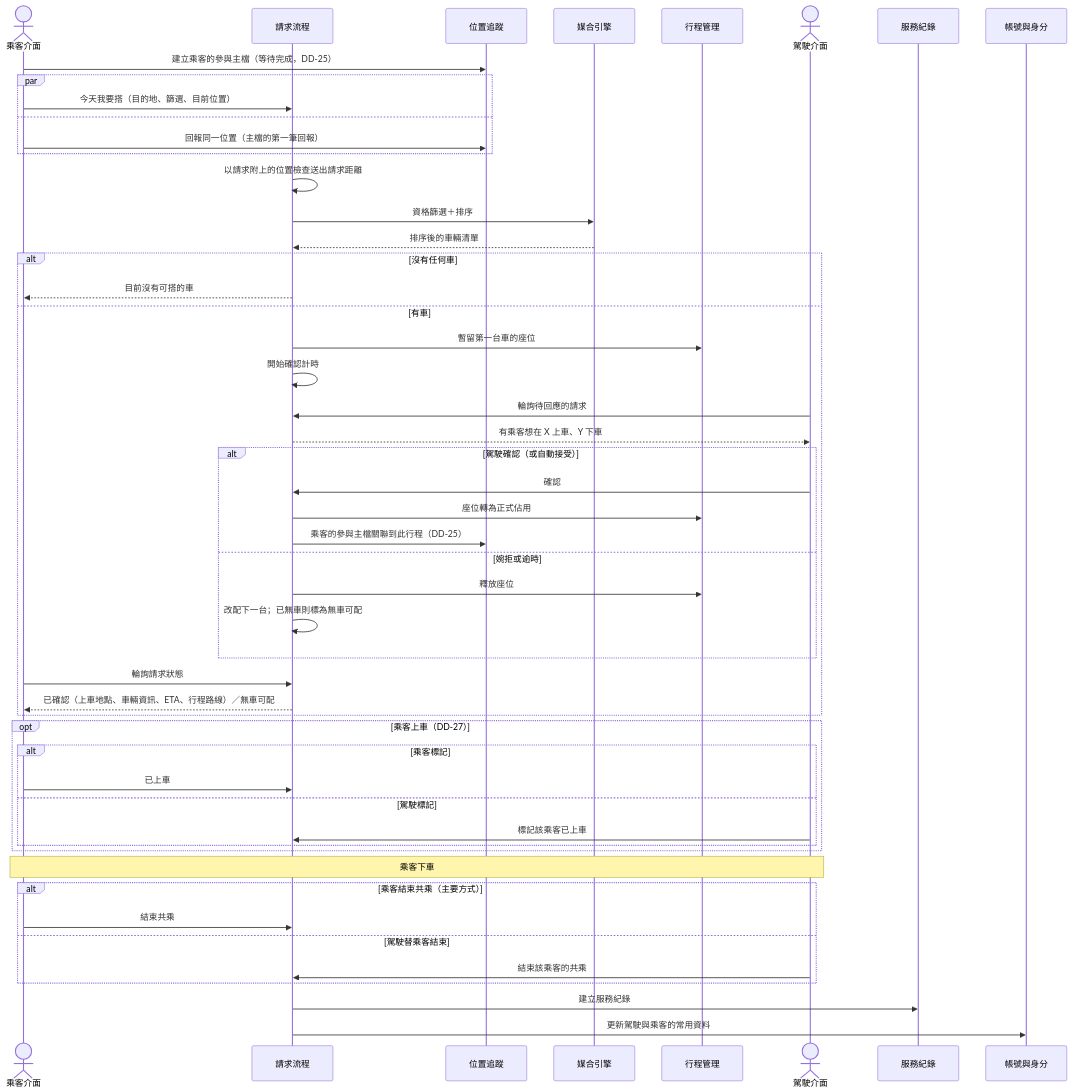
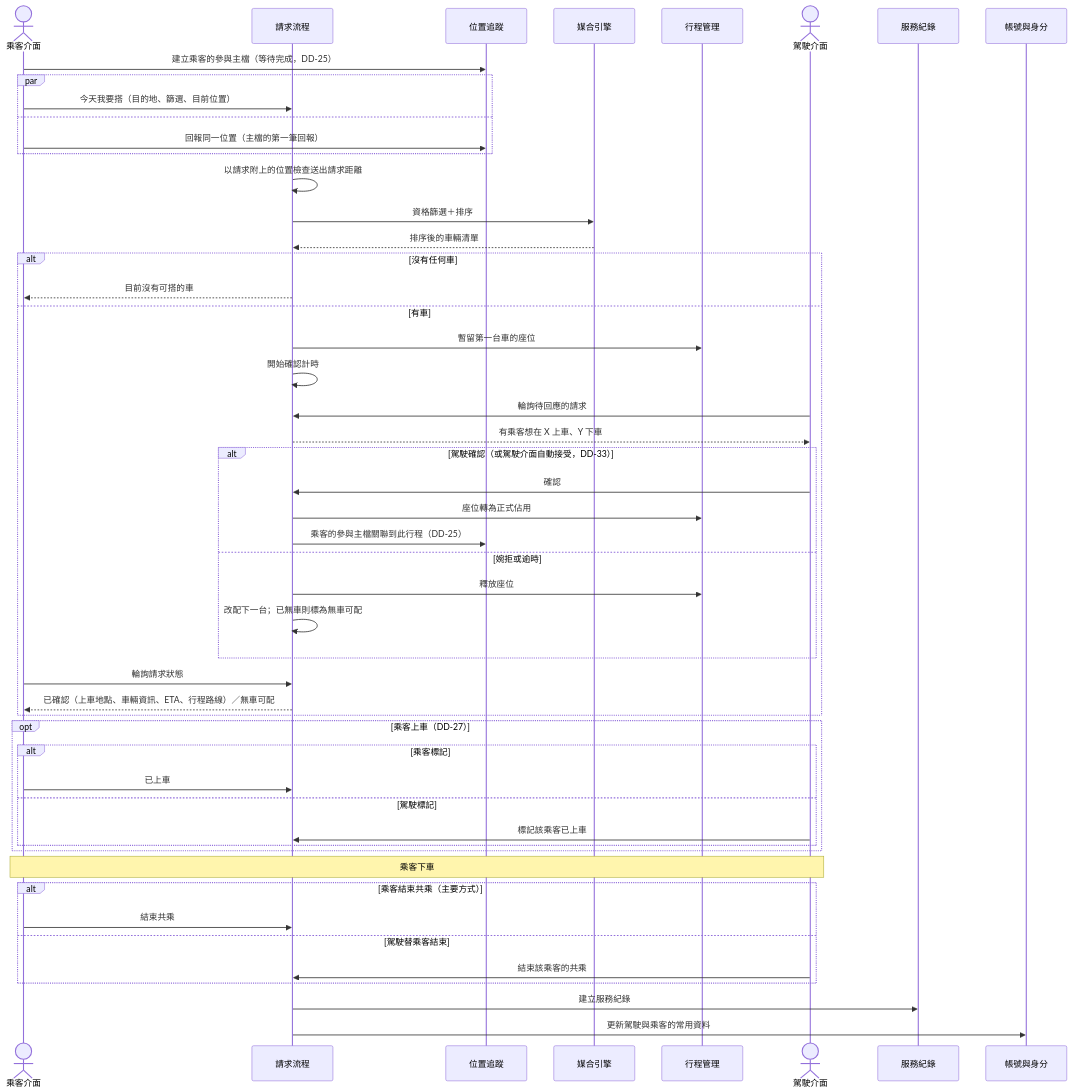
One commit to sohoffice/debugthon-carpool changed diagram 13 of 13 in docs/design.md. Above: the diagram before and after it, drawn with Mermaid. The commit also changed other lines of this file, not shown here.

````diff
--- a/docs/design.md
+++ b/docs/design.md
@@ -1211,54 +1223,54 @@
 ```mermaid
 sequenceDiagram
     actor P as 乘客介面
     participant RQ as 請求流程
     participant TRK as 位置追蹤
     participant MAT as 媒合引擎
     participant TRIP as 行程管理
     actor D as 駕駛介面
     participant REC as 服務紀錄
     participant ACC as 帳號與身分
 
     P->>TRK: 建立乘客的參與主檔（等待完成，DD-25）
     par
         P->>RQ: 今天我要搭（目的地、篩選、目前位置）
     and
         P->>TRK: 回報同一位置（主檔的第一筆回報）
     end
     RQ->>RQ: 以請求附上的位置檢查送出請求距離
     RQ->>MAT: 資格篩選＋排序
     MAT-->>RQ: 排序後的車輛清單
     alt 沒有任何車
         RQ-->>P: 目前沒有可搭的車
     else 有車
         RQ->>TRIP: 暫留第一台車的座位
         RQ->>RQ: 開始確認計時
         D->>RQ: 輪詢待回應的請求
         RQ-->>D: 有乘客想在 X 上車、Y 下車
-        alt 駕駛確認（或自動接受）
+        alt 駕駛確認（或駕駛介面自動接受，DD-33）
             D->>RQ: 確認
             RQ->>TRIP: 座位轉為正式佔用
             RQ->>TRK: 乘客的參與主檔關聯到此行程（DD-25）
         else 婉拒或逾時
             RQ->>TRIP: 釋放座位
             RQ->>RQ: 改配下一台；已無車則標為無車可配
         end
         P->>RQ: 輪詢請求狀態
         RQ-->>P: 已確認（上車地點、車輛資訊、ETA、行程路線）／無車可配
     end
     opt 乘客上車（DD-27）
         alt 乘客標記
             P->>RQ: 已上車
         else 駕駛標記
             D->>RQ: 標記該乘客已上車
         end
     end
     Note over P,D: 乘客下車
     alt 乘客結束共乘（主要方式）
         P->>RQ: 結束共乘
     else 駕駛替乘客結束
         D->>RQ: 結束該乘客的共乘
     end
     RQ->>REC: 建立服務紀錄
     RQ->>ACC: 更新駕駛與乘客的常用資料
 ```
````
